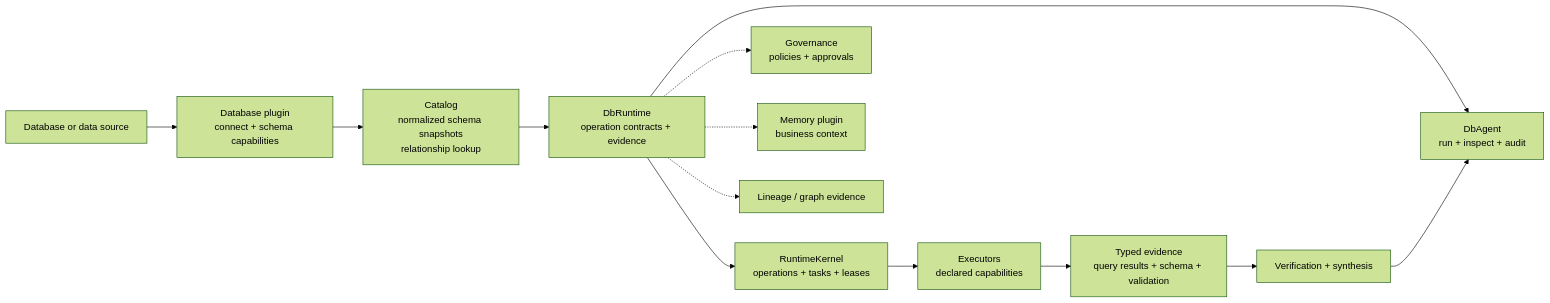
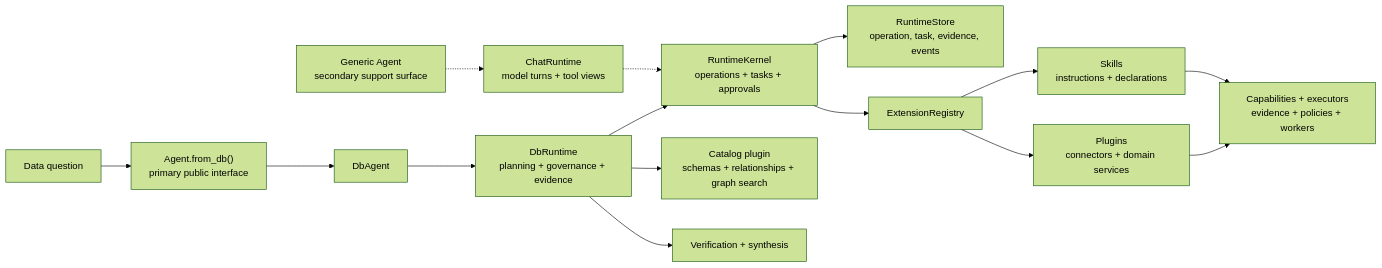
One commit to Daita-Corp/daita-agents changed the diagram in README.md. Above: the diagram before and after it, drawn with Mermaid (forest theme). The commit also changed other lines of this file and 23 other files, not shown here.

````diff
--- a/README.md
+++ b/README.md
@@ -17,17 +66,21 @@
 ```mermaid
 flowchart LR
-    Source["Database or data source"] --> DB["Database plugin<br/>connect + schema capabilities"]
-    DB --> Catalog["Catalog<br/>normalized schema snapshots<br/>relationship lookup"]
-    Catalog --> Runtime["DbRuntime<br/>operation contracts + evidence"]
-    Runtime --> Agent["DbAgent<br/>run + inspect + audit"]
+    User["Data question"] --> Primary["Agent.from_db()<br/>primary public interface"]
+    Primary --> DBAgent["DbAgent"]
 
-    Runtime --> Tasks["RuntimeKernel<br/>operations + tasks + leases"]
-    Tasks --> Exec["Executors<br/>declared capabilities"]
-    Exec --> Evidence["Typed evidence<br/>query results + schema + validation"]
-    Evidence --> Verify["Verification + synthesis"]
-    Verify --> Agent
+    DBAgent --> DbRuntime["DbRuntime<br/>planning + governance + evidence"]
+    DbRuntime --> Kernel["RuntimeKernel<br/>operations + tasks + approvals"]
+    Kernel --> Store["RuntimeStore<br/>operation, task, evidence, events"]
+    Kernel --> Registry["ExtensionRegistry"]
 
-    Runtime -.-> Governance["Governance<br/>policies + approvals"]
-    Runtime -.-> Memory["Memory plugin<br/>business context"]
-    Runtime -.-> Lineage["Lineage / graph evidence"]
+    Registry --> Plugins["Plugins<br/>connectors + domain services"]
+    Registry --> Skills["Skills<br/>instructions + declarations"]
+    Plugins --> Capabilities["Capabilities + executors<br/>evidence + policies + workers"]
+    Skills --> Capabilities
+
+    DbRuntime --> Catalog["Catalog plugin<br/>schemas + relationships + graph search"]
+    DbRuntime --> Synthesis["Verification + synthesis"]
+
+    Support["Generic Agent<br/>secondary support surface"] -.-> ChatRuntime["ChatRuntime<br/>model turns + tool views"]
+    ChatRuntime -.-> Kernel
 ```
````
